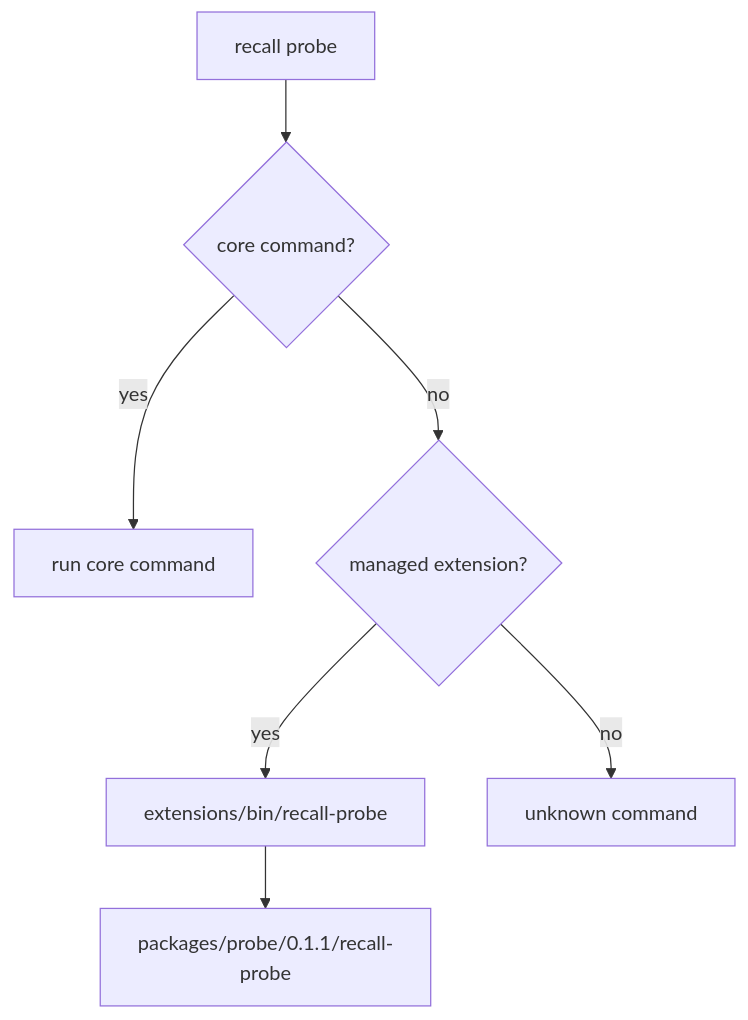
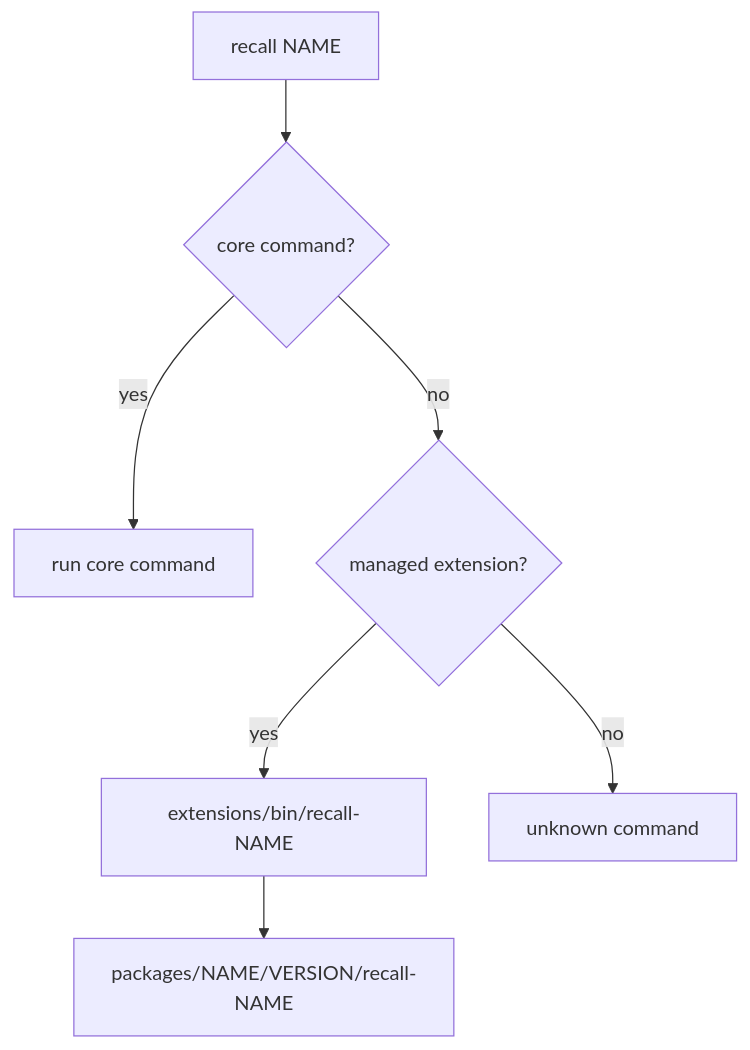
The second of 3 diagrams in docs/extensions.md (samzong/Recall), drawn with Mermaid before and after one commit. The commit also changed other lines of this file and 3 other files, not shown here.

````diff
--- a/docs/extensions.md
+++ b/docs/extensions.md
@@ -368,9 +376,9 @@
 ```mermaid
 flowchart TD
-  Command["recall probe"] --> Core{"core command?"}
+  Command["recall NAME"] --> Core{"core command?"}
   Core -- yes --> CoreRun["run core command"]
   Core -- no --> Managed{"managed extension?"}
-  Managed -- yes --> ManagedBin["extensions/bin/recall-probe"]
+  Managed -- yes --> ManagedBin["extensions/bin/recall-NAME"]
   Managed -- no --> Error["unknown command"]
-  ManagedBin --> Package["packages/probe/0.1.1/recall-probe"]
+  ManagedBin --> Package["packages/NAME/VERSION/recall-NAME"]
 ```
````
